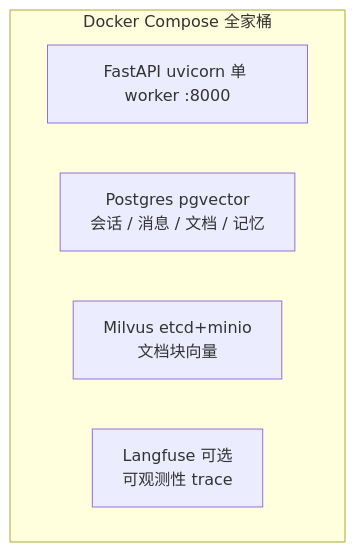
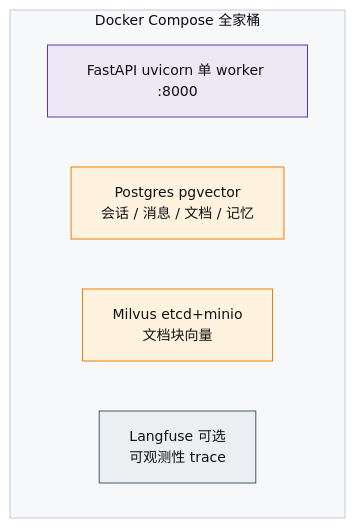
One commit to Zhuliqx/Agentchat changed the diagram in docs/DEPLOYMENT.md. Above: the diagram before and after it, drawn with Mermaid. The commit also changed 5 other files, not shown here.

Commit message:
优化mermaid图

````diff
--- a/docs/DEPLOYMENT.md
+++ b/docs/DEPLOYMENT.md
@@ -12,9 +12,14 @@
 ```mermaid
+%%{init: {"theme":"base", "themeVariables": {"primaryColor":"#ecf3ff", "primaryBorderColor":"#3b6fd4", "primaryTextColor":"#111", "lineColor":"#7a7a7a", "fontSize":"14px", "clusterBkg":"#f7f8fa", "clusterBorder":"#c4c9d2", "secondaryColor":"#fef9ef", "tertiaryColor":"#f2f7f2", "actorBkg":"#ecf3ff", "actorBorder":"#3b6fd4", "noteBkg":"#fef9ef"}}}%%
 flowchart TB
+    classDef api fill:#ede7f6,stroke:#5e35b1
+    classDef data fill:#efebe9,stroke:#6d4c41
+    classDef rag fill:#fff3e0,stroke:#f57c00
+    classDef tool fill:#eceff1,stroke:#455a64
     subgraph DC[Docker Compose 全家桶]
-        A[FastAPI uvicorn 单 worker :8000]
-        B[Postgres pgvector<br>会话 / 消息 / 文档 / 记忆]
-        C[Milvus etcd+minio<br>文档块向量]
-        D[Langfuse 可选<br>可观测性 trace]
+        A[FastAPI uvicorn 单 worker :8000]:::api
+        B[Postgres pgvector<br>会话 / 消息 / 文档 / 记忆]:::rag
+        C[Milvus etcd+minio<br>文档块向量]:::rag
+        D[Langfuse 可选<br>可观测性 trace]:::tool
     end
 ```
````
